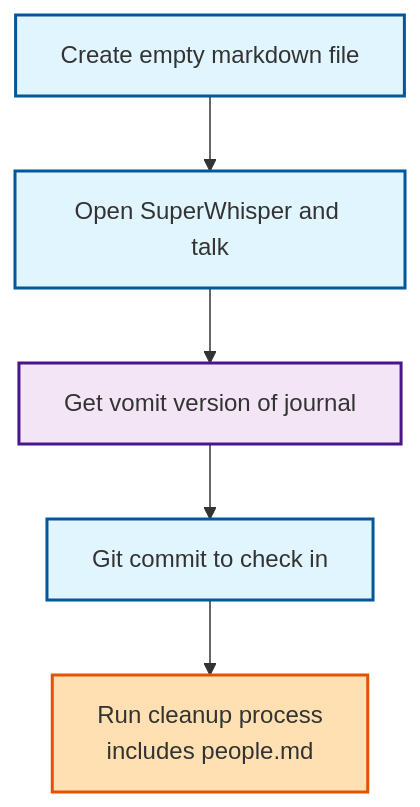
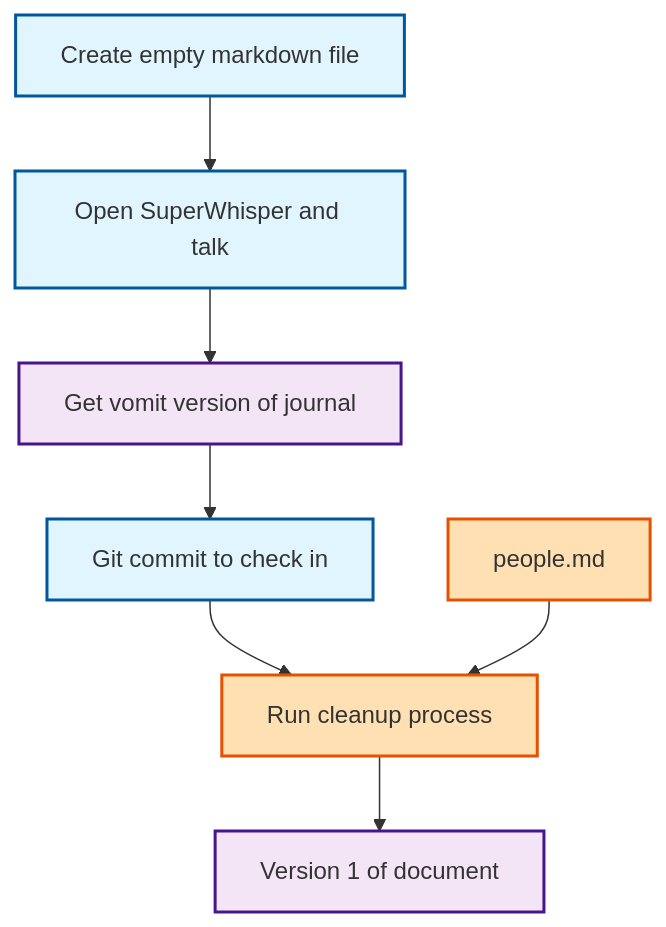
One commit to isidore/AIJournaling changed the second of 2 diagrams in Flowchart_Journaling/journaling_process.md. Above: the diagram before and after it, drawn with Mermaid.

Commit message:
step 4 include people.md

````diff
--- a/Flowchart_Journaling/journaling_process.md
+++ b/Flowchart_Journaling/journaling_process.md
@@ -16,17 +16,21 @@
 ```mermaid
 graph TD
     Start[Create empty markdown file]:::tools
     Whisper[Open SuperWhisper and talk]:::tools
     Vomit[Get vomit version of journal]:::output
     Commit[Git commit to check in]:::tools
-    Cleanup[Run cleanup process<br/>includes people.md]:::processing
+    Cleanup[Run cleanup process]:::processing
+    People[people.md]:::processing
+    V1[Version 1 of document]:::output
     
     Start --> Whisper
     Whisper --> Vomit
     Vomit --> Commit
     Commit --> Cleanup
+    People --> Cleanup
+    Cleanup --> V1
     
     classDef tools fill:#e1f5ff,stroke:#01579b,stroke-width:2px
     classDef output fill:#f3e5f5,stroke:#4a148c,stroke-width:2px
     classDef processing fill:#ffe0b2,stroke:#e65100,stroke-width:2px
 ```
````
